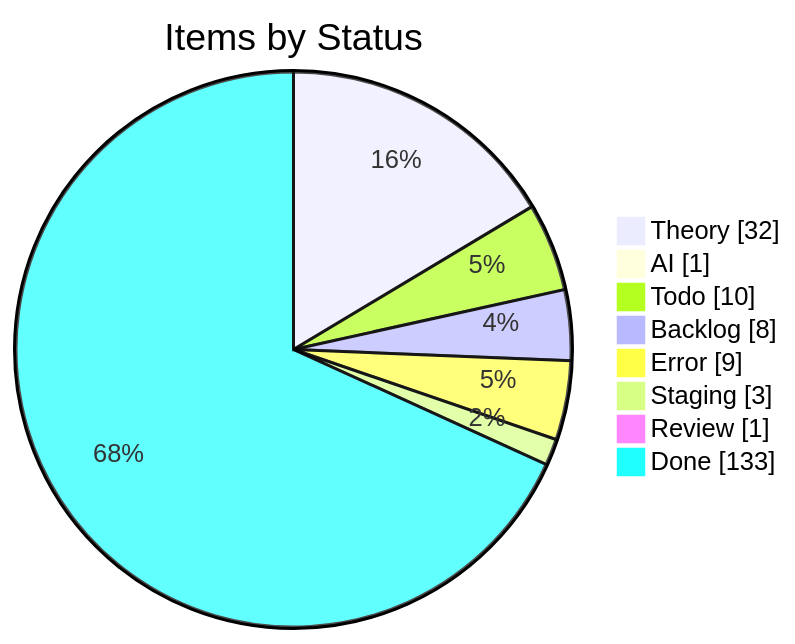
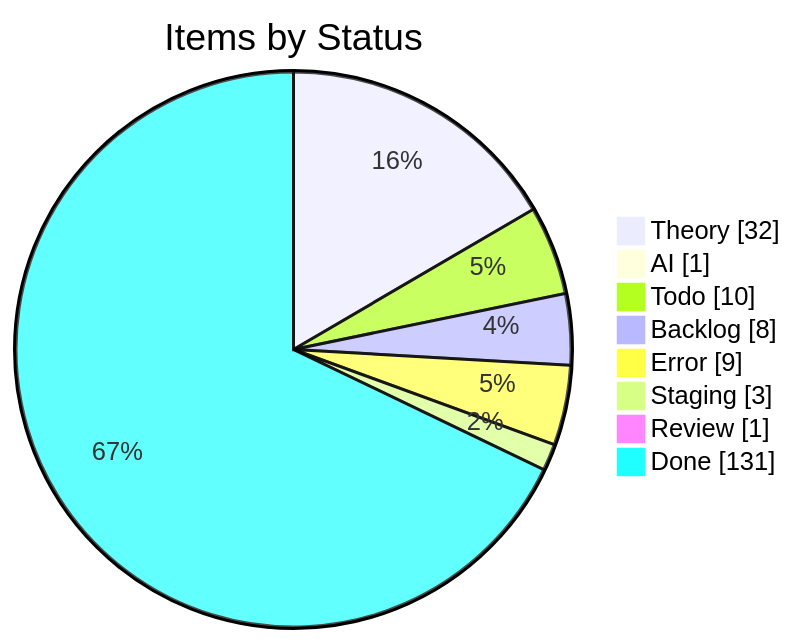
The first of 4 diagrams in apps/kbve/astro-kbve/src/content/docs/dashboard/kanban-data.mdx (KBVE/kbve), drawn with Mermaid before and after one commit. The commit also changed other lines of this file and 8 other files, not shown here.

````diff
--- a/apps/kbve/astro-kbve/src/content/docs/dashboard/kanban-data.mdx
+++ b/apps/kbve/astro-kbve/src/content/docs/dashboard/kanban-data.mdx
@@ -55,12 +55,12 @@
 ```mermaid
 pie showData
     title Items by Status
     "Theory" : 32
     "AI" : 1
     "Todo" : 10
     "Backlog" : 8
     "Error" : 9
     "Staging" : 3
     "Review" : 1
-    "Done" : 133
+    "Done" : 131
 ```
````
